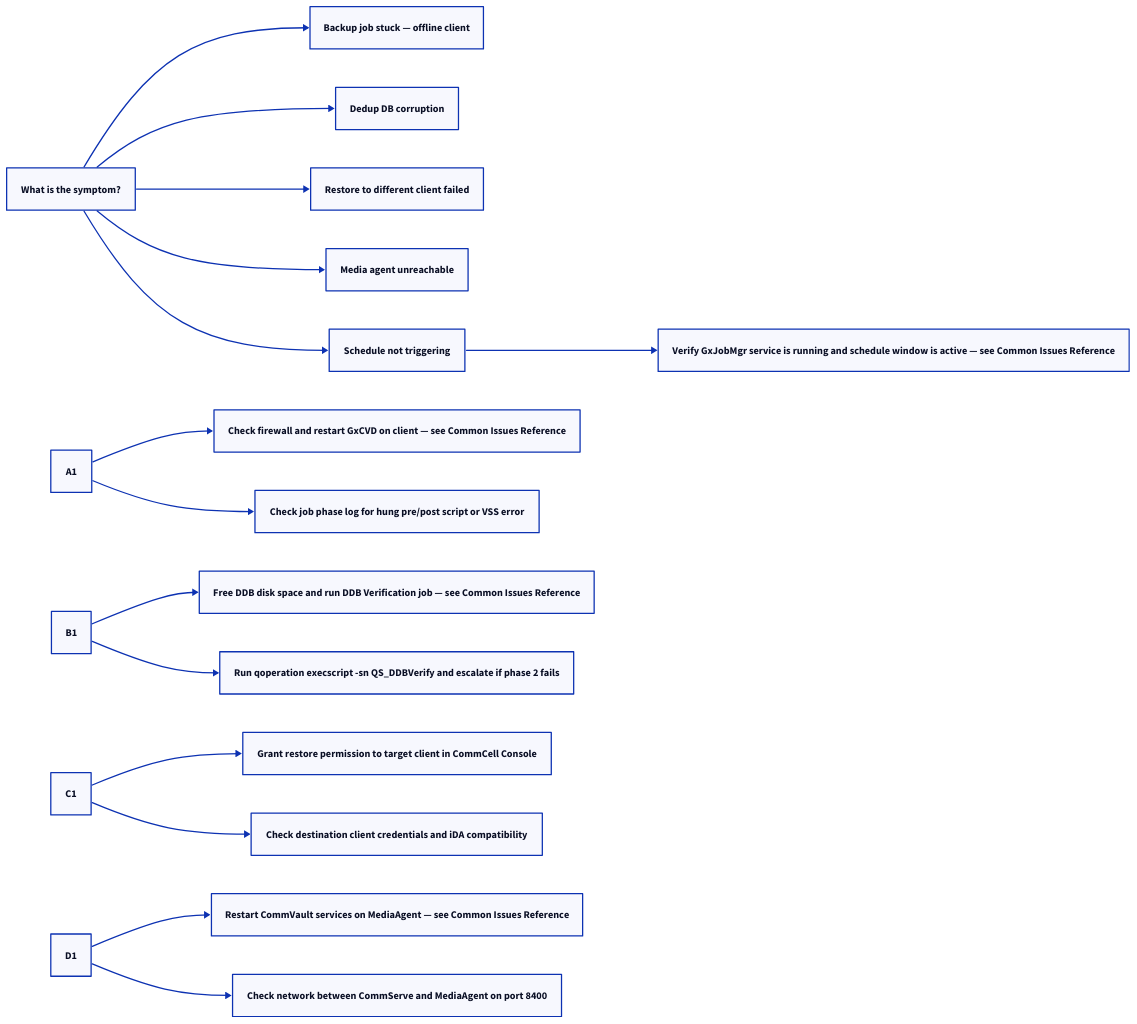
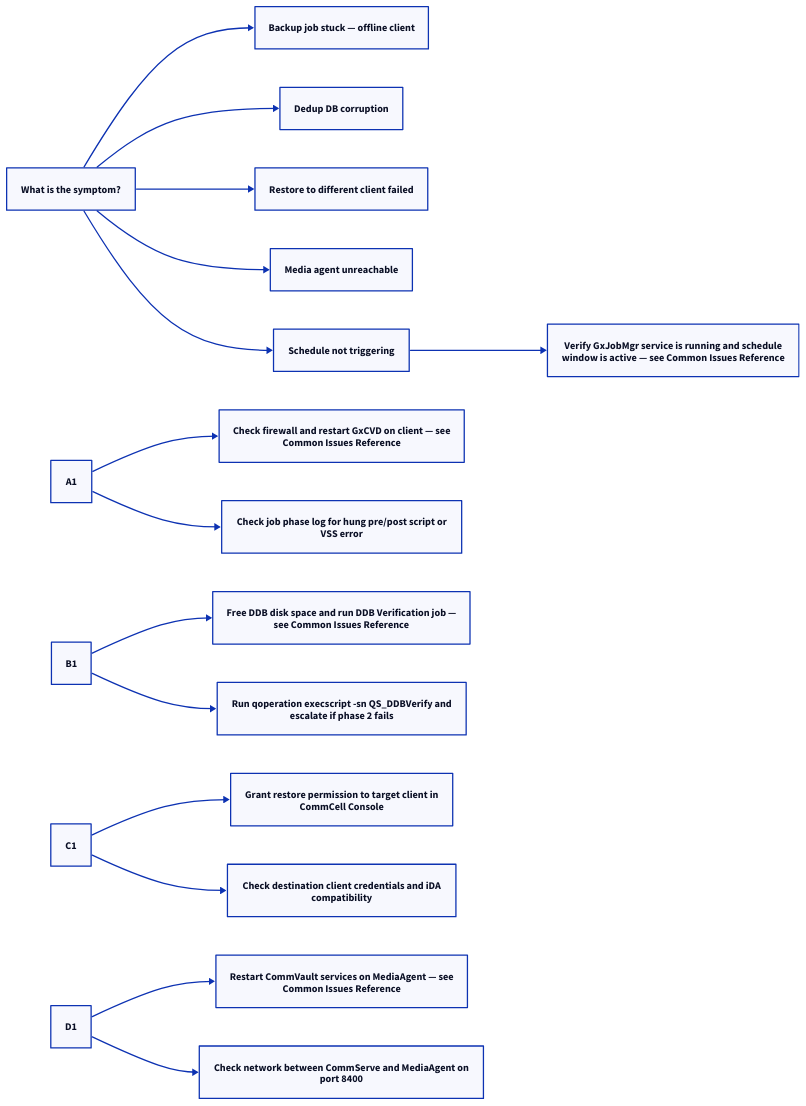
One commit to canast01/chris-kb changed the second of 2 diagrams in docs/backup/commvault/troubleshooting/common-issues/index.md. Above: the diagram before and after it, drawn with D2. The commit also changed 192 other files, not shown here.

````diff
--- a/docs/backup/commvault/troubleshooting/common-issues/index.md
+++ b/docs/backup/commvault/troubleshooting/common-issues/index.md
@@ -44,38 +44,38 @@
 ```d2
 direction: right
 
 S: "What is the symptom?" {shape: rectangle}
 A: "Backup job stuck — offline client" {shape: rectangle}
 B: "Dedup DB corruption" {shape: rectangle}
 C: "Restore to different client failed" {shape: rectangle}
 D: "Media agent unreachable" {shape: rectangle}
 E: "Schedule not triggering" {shape: rectangle}
 A1: "A1" {shape: rectangle}
-A2: "Check firewall and restart GxCVD on client — see Common Issues Reference" {shape: rectangle}
-A3: "Check job phase log for hung pre/post script or VSS error" {shape: rectangle}
+A2: "Check firewall and restart GxCVD on client — see\nCommon Issues Reference" {shape: rectangle}
+A3: "Check job phase log for hung pre/post script or\nVSS error" {shape: rectangle}
 B1: "B1" {shape: rectangle}
-B2: "Free DDB disk space and run DDB Verification job — see Common Issues Reference" {shape: rectangle}
-B3: "Run qoperation execscript -sn QS_DDBVerify and escalate if phase 2 fails" {shape: rectangle}
+B2: "Free DDB disk space and run DDB Verification job —\nsee Common Issues Reference" {shape: rectangle}
+B3: "Run qoperation execscript -sn QS_DDBVerify and\nescalate if phase 2 fails" {shape: rectangle}
 C1: "C1" {shape: rectangle}
-C2: "Grant restore permission to target client in CommCell Console" {shape: rectangle}
-C3: "Check destination client credentials and iDA compatibility" {shape: rectangle}
+C2: "Grant restore permission to target client in\nCommCell Console" {shape: rectangle}
+C3: "Check destination client credentials and iDA\ncompatibility" {shape: rectangle}
 D1: "D1" {shape: rectangle}
-D2: "Restart CommVault services on MediaAgent — see Common Issues Reference" {shape: rectangle}
-D3: "Check network between CommServe and MediaAgent on port 8400" {shape: rectangle}
-E1: "Verify GxJobMgr service is running and schedule window is active — see Common Issues Reference" {shape: rectangle}
+D2: "Restart CommVault services on MediaAgent — see\nCommon Issues Reference" {shape: rectangle}
+D3: "Check network between CommServe and MediaAgent on\nport 8400" {shape: rectangle}
+E1: "Verify GxJobMgr service is running and schedule\nwindow is active — see Common Issues Reference" {shape: rectangle}
 
 S -> A
 S -> B
 S -> C
 S -> D
 S -> E
 A1 -> A2
 A1 -> A3
 B1 -> B2
 B1 -> B3
 C1 -> C2
 C1 -> C3
 D1 -> D2
 D1 -> D3
 E -> E1
 ```
````
